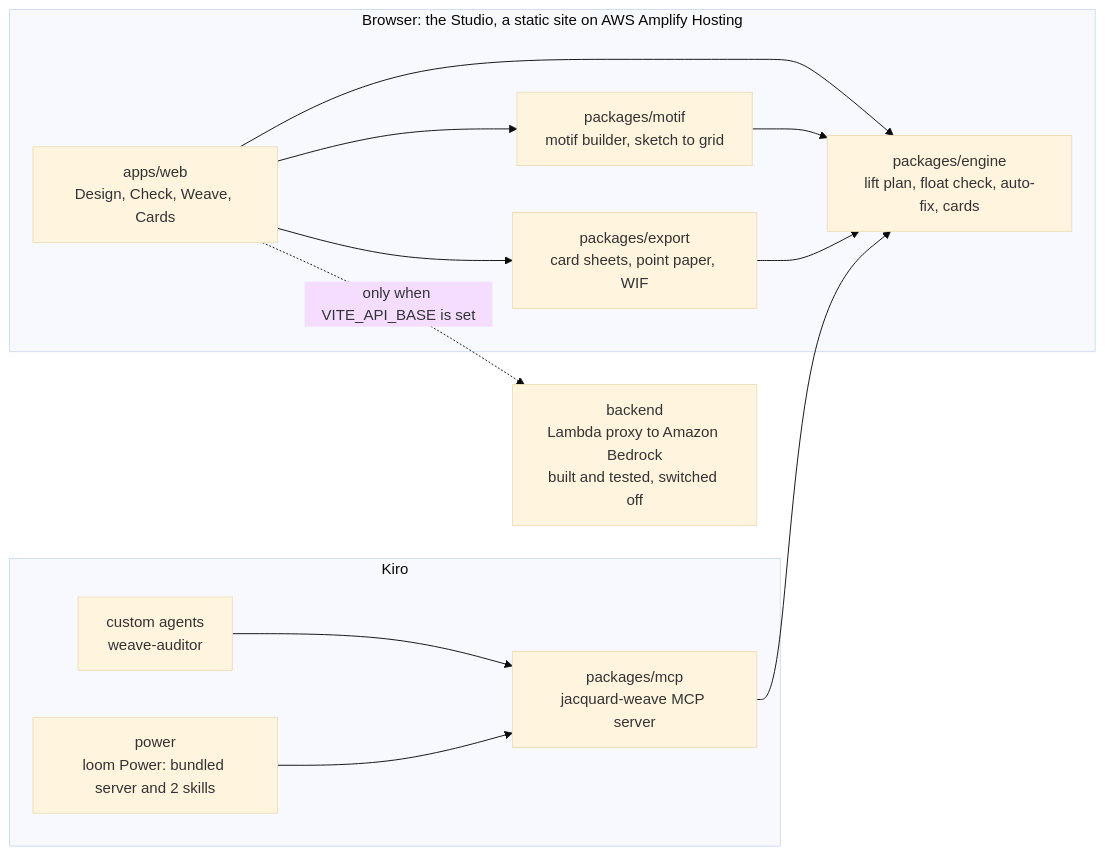
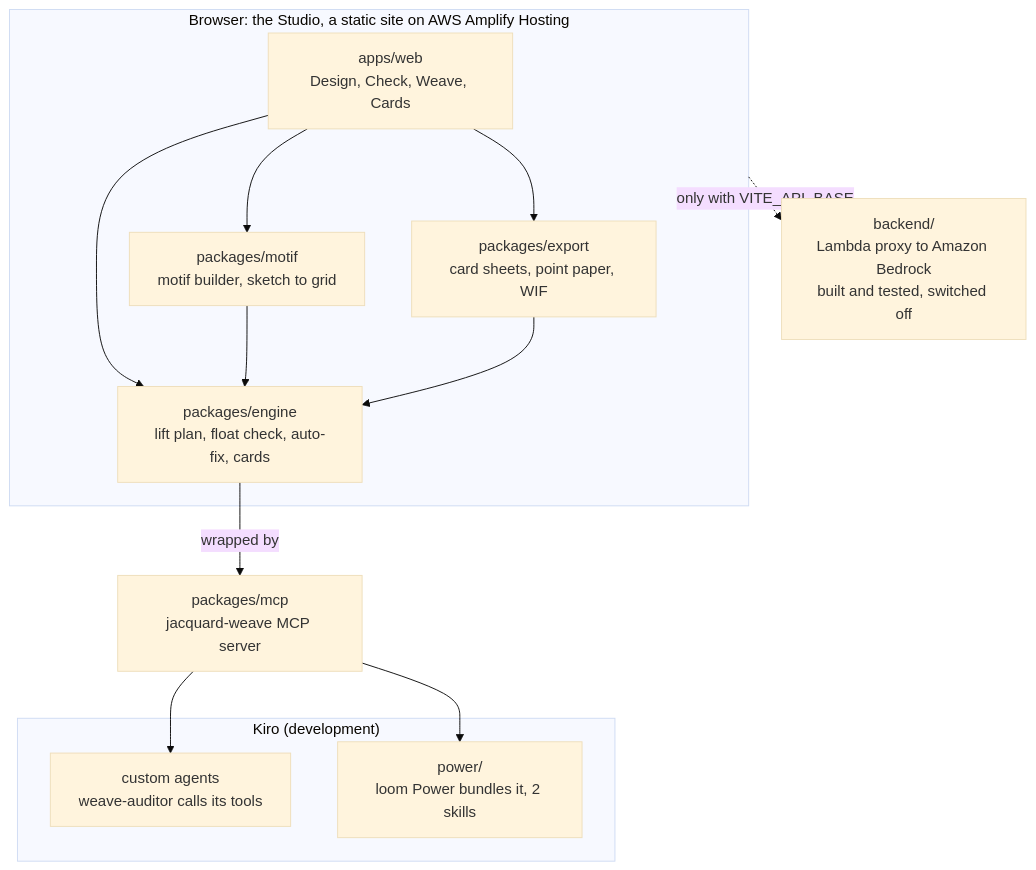
Before and after one commit to TusharTechs/jacquard: the first of 2 diagrams in README.md, drawn with Mermaid (base theme). The commit also changed other lines of this file and 8 other files, not shown here.

First line of the commit message:
README: architecture and data-flow diagrams as light and dark images; links table header

````diff
--- a/README.md
+++ b/README.md
@@ -116,24 +123,24 @@
 ```mermaid
-flowchart LR
+flowchart TB
   subgraph Browser["Browser: the Studio, a static site on AWS Amplify Hosting"]
     UI["apps/web<br/>Design, Check, Weave, Cards"]
     MO["packages/motif<br/>motif builder, sketch to grid"]
+    EX["packages/export<br/>card sheets, point paper, WIF"]
     EN["packages/engine<br/>lift plan, float check, auto-fix, cards"]
-    EX["packages/export<br/>card sheets, point paper, WIF"]
     UI --> MO
+    UI --> EX
     UI --> EN
-    UI --> EX
     MO --> EN
     EX --> EN
   end
-  BE["backend<br/>Lambda proxy to Amazon Bedrock<br/>built and tested, switched off"]
-  UI -. "only when VITE_API_BASE is set" .-> BE
-  subgraph KiroSide["Kiro"]
-    AG["custom agents<br/>weave-auditor"]
-    MCP["packages/mcp<br/>jacquard-weave MCP server"]
-    PW["power<br/>loom Power: bundled server and 2 skills"]
+  BE["backend/<br/>Lambda proxy to Amazon Bedrock<br/>built and tested, switched off"]
+  Browser -. "only with VITE_API_BASE" .-> BE
+  MCP["packages/mcp<br/>jacquard-weave MCP server"]
+  EN -- "wrapped by" --> MCP
+  subgraph KiroSide["Kiro (development)"]
+    AG["custom agents<br/>weave-auditor calls its tools"]
+    PW["power/<br/>loom Power bundles it, 2 skills"]
   end
-  AG --> MCP
-  PW --> MCP
-  MCP --> EN
+  MCP --> AG
+  MCP --> PW
 ```
````
